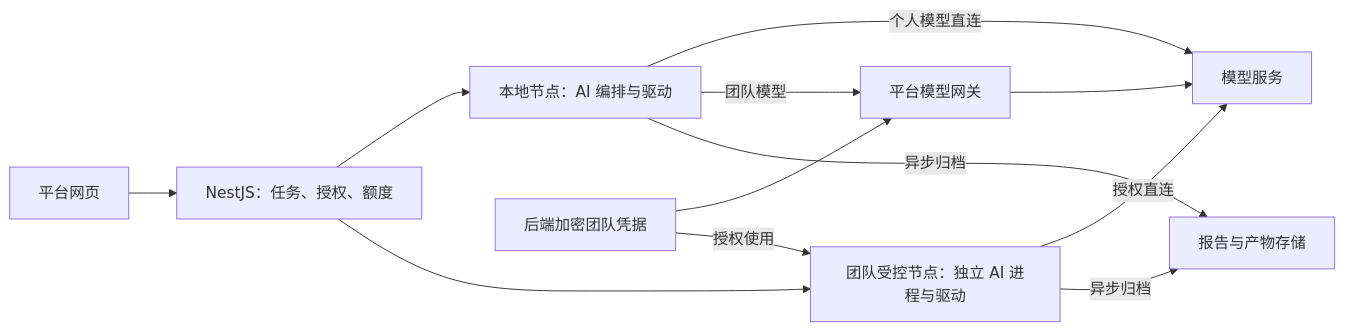
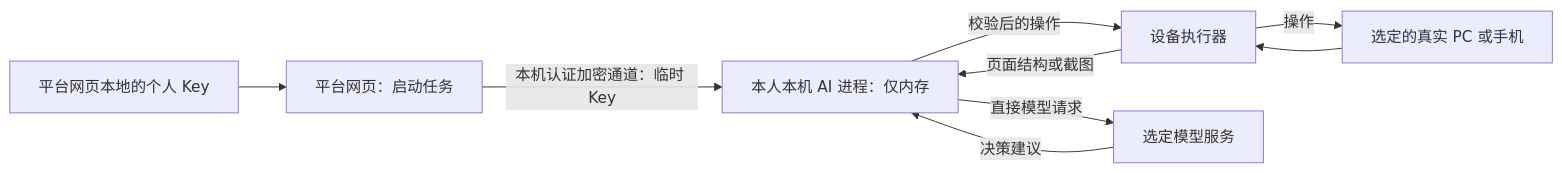
The diagram in docs/architecture/ai-execution.md (illusionGD/riqvo), drawn with Mermaid before and after one commit. The commit also changed other lines of this file and 7 other files, not shown here.

Commit message:
docs: clarify real-device AI and personal key lifecycle

````diff
--- a/docs/architecture/ai-execution.md
+++ b/docs/architecture/ai-execution.md
@@ -22,14 +29,11 @@
 ```mermaid
 flowchart LR
-  UI[平台网页] --> API[NestJS：任务、授权、额度]
-  API --> LOCAL[本地节点：AI 编排与驱动]
-  API --> TEAM[团队受控节点：独立 AI 进程与驱动]
-  LOCAL -- 个人模型直连 --> LLM[模型服务]
-  LOCAL -- 团队模型 --> GATE[平台模型网关]
-  GATE --> LLM
-  TEAM -- 授权直连 --> LLM
-  KEYS[后端加密团队凭据] --> GATE
-  KEYS -- 授权使用 --> TEAM
-  LOCAL -- 异步归档 --> REPORT[报告与产物存储]
-  TEAM -- 异步归档 --> REPORT
+  STORE[平台网页本地的个人 Key] --> UI[平台网页：启动任务]
+  UI -- 本机认证加密通道：临时 Key --> AI[本人本机 AI 进程：仅内存]
+  DEVICE[选定的真实 PC 或手机] --> HOST[设备执行器]
+  HOST -- 页面结构或截图 --> AI
+  AI -- 直接模型请求 --> LLM[选定模型服务]
+  LLM -- 决策建议 --> AI
+  AI -- 校验后的操作 --> HOST
+  HOST -- 操作 --> DEVICE
 ```
````
